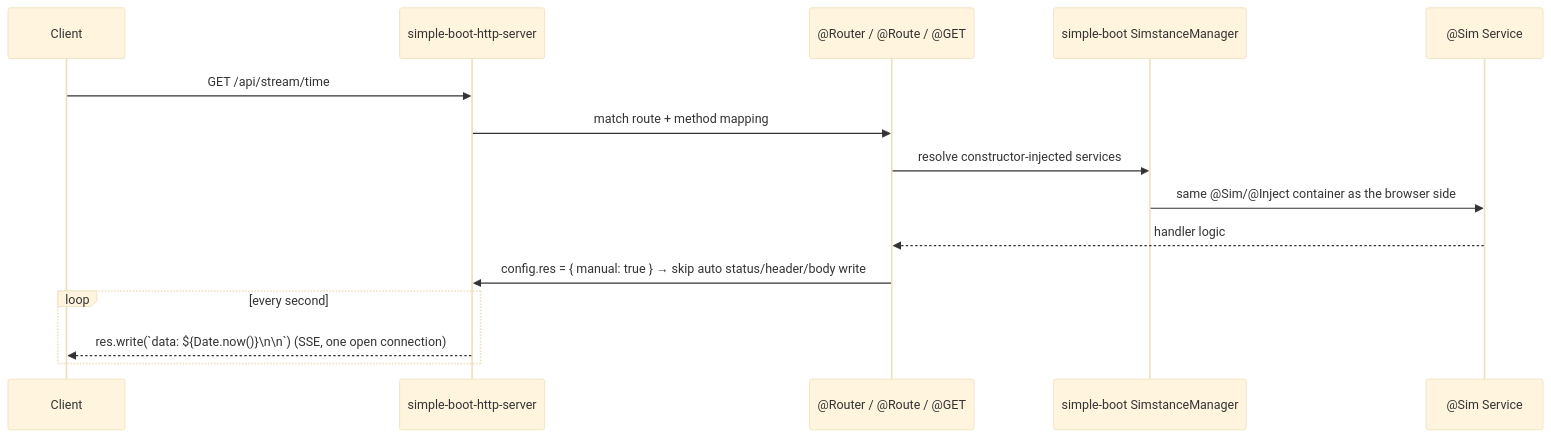
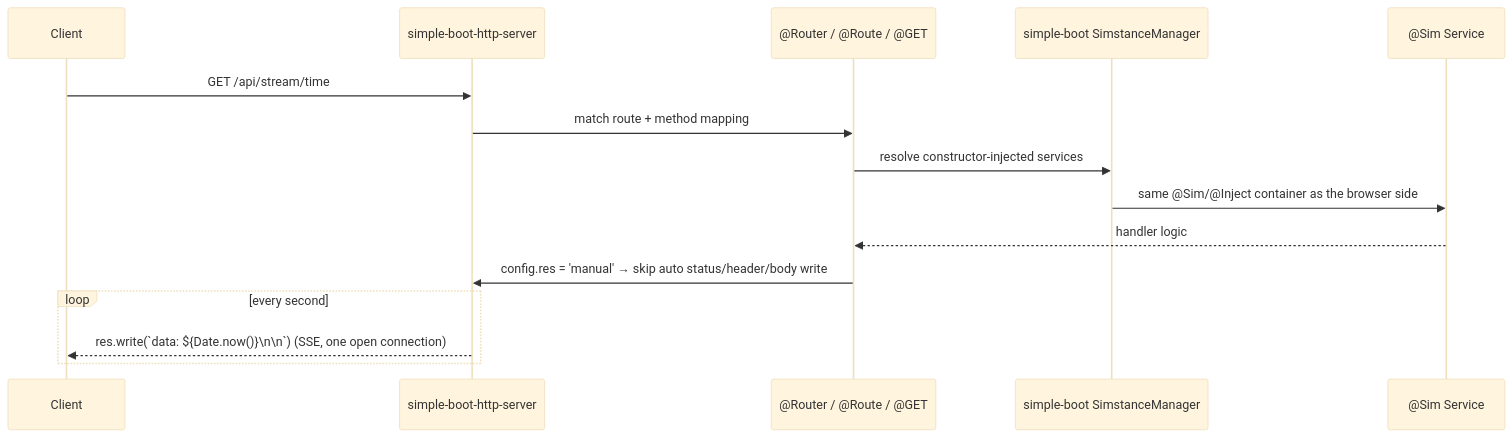
The third of 3 diagrams in README.MD (dooboostore-develop/packages), drawn with Mermaid (base theme) before and after one commit. The commit also changed other lines of this file and 42 other files, not shown here.

````diff
--- a/README.MD
+++ b/README.MD
@@ -117,18 +117,18 @@
 ```mermaid
 sequenceDiagram
     participant C as Client
     participant S as simple-boot-http-server
     participant Rt as @Router / @Route / @GET
     participant DI as simple-boot SimstanceManager
     participant Svc as @Sim Service
 
     C->>S: GET /api/stream/time
     S->>Rt: match route + method mapping
     Rt->>DI: resolve constructor-injected services
     DI->>Svc: same @Sim/@Inject container as the browser side
     Svc-->>Rt: handler logic
-    Rt->>S: config.res = { manual: true } → skip auto status/header/body write
+    Rt->>S: config.res = 'manual' → skip auto status/header/body write
     loop every second
         S-->>C: res.write(`data: ${Date.now()}\n\n`)  (SSE, one open connection)
     end
 ```
````
